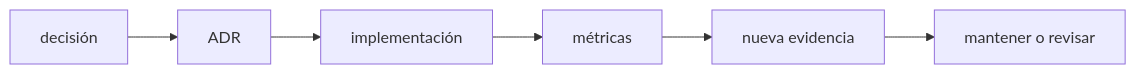
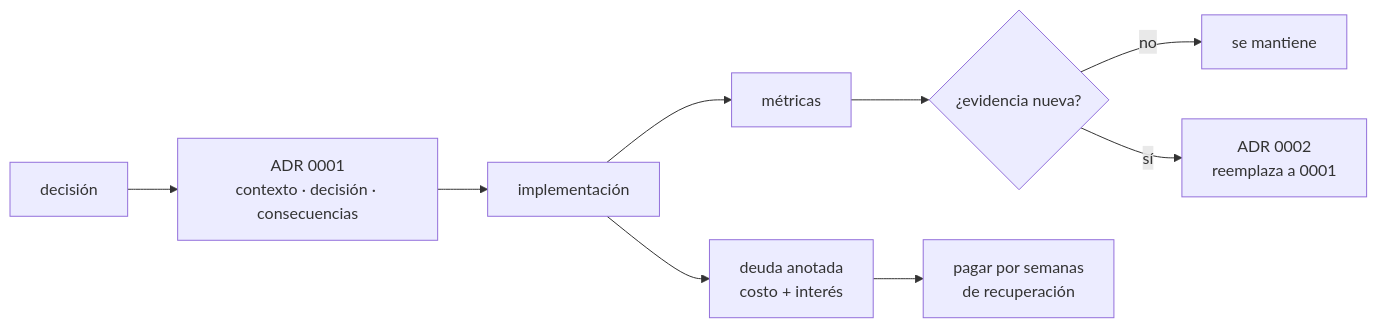
One commit to NICORUIZ93/The_Imperial_Book changed the sixth of 9 diagrams in web/public/content/foundations/modulo-7.md. Above: the diagram before and after it, drawn with Mermaid. The commit also changed other lines of this file, not shown here.

````diff
--- a/web/public/content/foundations/modulo-7.md
+++ b/web/public/content/foundations/modulo-7.md
@@ -373,5 +1264,10 @@
 ```mermaid
 flowchart LR
-    DEC["decisión"] --> ADR["ADR"] --> IMPL["implementación"] --> METRICS["métricas"]
-    METRICS --> EVIDENCE2["nueva evidencia"] --> REVIEW["mantener o revisar"]
+    DEC["decisión"] --> ADR["ADR 0001<br/>contexto · decisión · consecuencias"]
+    ADR --> IMPL["implementación"] --> MET["métricas"]
+    MET --> EV{"¿evidencia nueva?"}
+    EV -->|"no"| KEEP["se mantiene"]
+    EV -->|"sí"| ADR2["ADR 0002<br/>reemplaza a 0001"]
+    IMPL --> DEBT["deuda anotada<br/>costo + interés"]
+    DEBT --> PAY["pagar por semanas<br/>de recuperación"]
 ```
````
